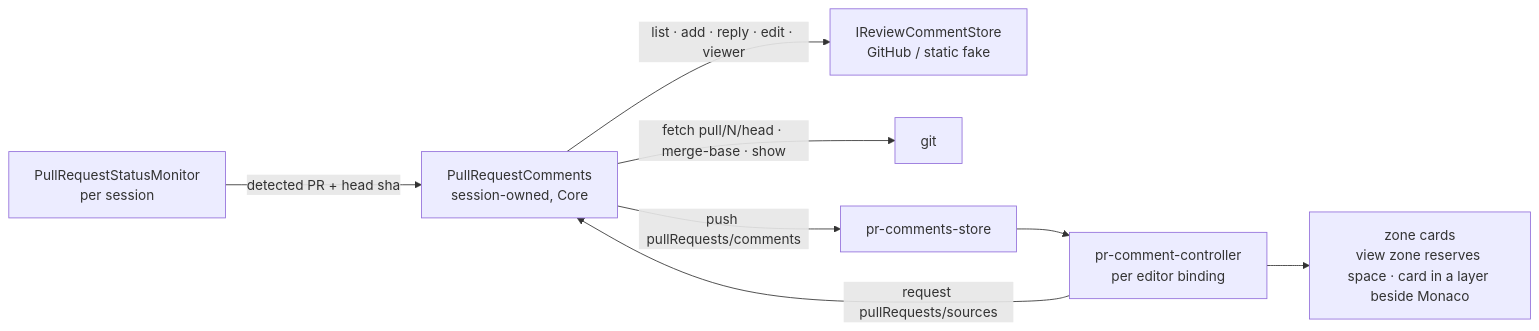
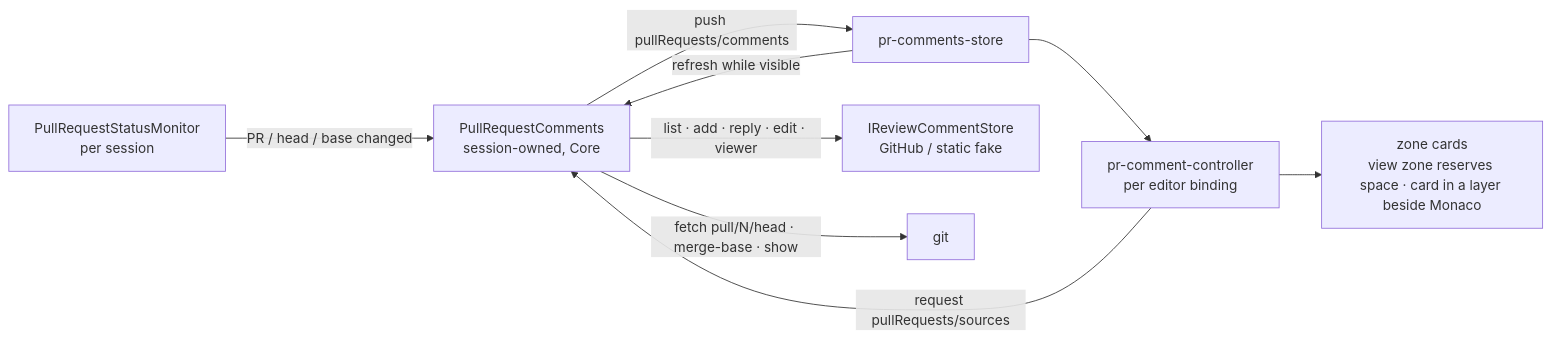
Before and after one commit to Kapps/weavie: the diagram in docs/specs/pr-comments.md, drawn with Mermaid. The commit also changed other lines of this file and 13 other files, not shown here.

First line of the commit message:
Refresh PR comments while visible, not while the agent works, and restyle the cards

````diff
--- a/docs/specs/pr-comments.md
+++ b/docs/specs/pr-comments.md
@@ -10,10 +10,11 @@
 ```mermaid
 flowchart LR
-  Mon[PullRequestStatusMonitor<br/>per session] -->|detected PR + head sha| PRC[PullRequestComments<br/>session-owned, Core]
+  Mon[PullRequestStatusMonitor<br/>per session] -->|PR / head / base changed| PRC[PullRequestComments<br/>session-owned, Core]
+  Web -->|refresh while visible| PRC
   PRC -->|list · add · reply · edit · viewer| Store[IReviewCommentStore<br/>GitHub / static fake]
   PRC -->|fetch pull/N/head · merge-base · show| Git[git]
   PRC -->|push pullRequests/comments| Web[pr-comments-store]
   Web --> Ctl[pr-comment-controller<br/>per editor binding]
   Ctl -->|request pullRequests/sources| PRC
   Ctl --> Cards[zone cards<br/>view zone reserves space · card in a layer beside Monaco]
 ```
````
